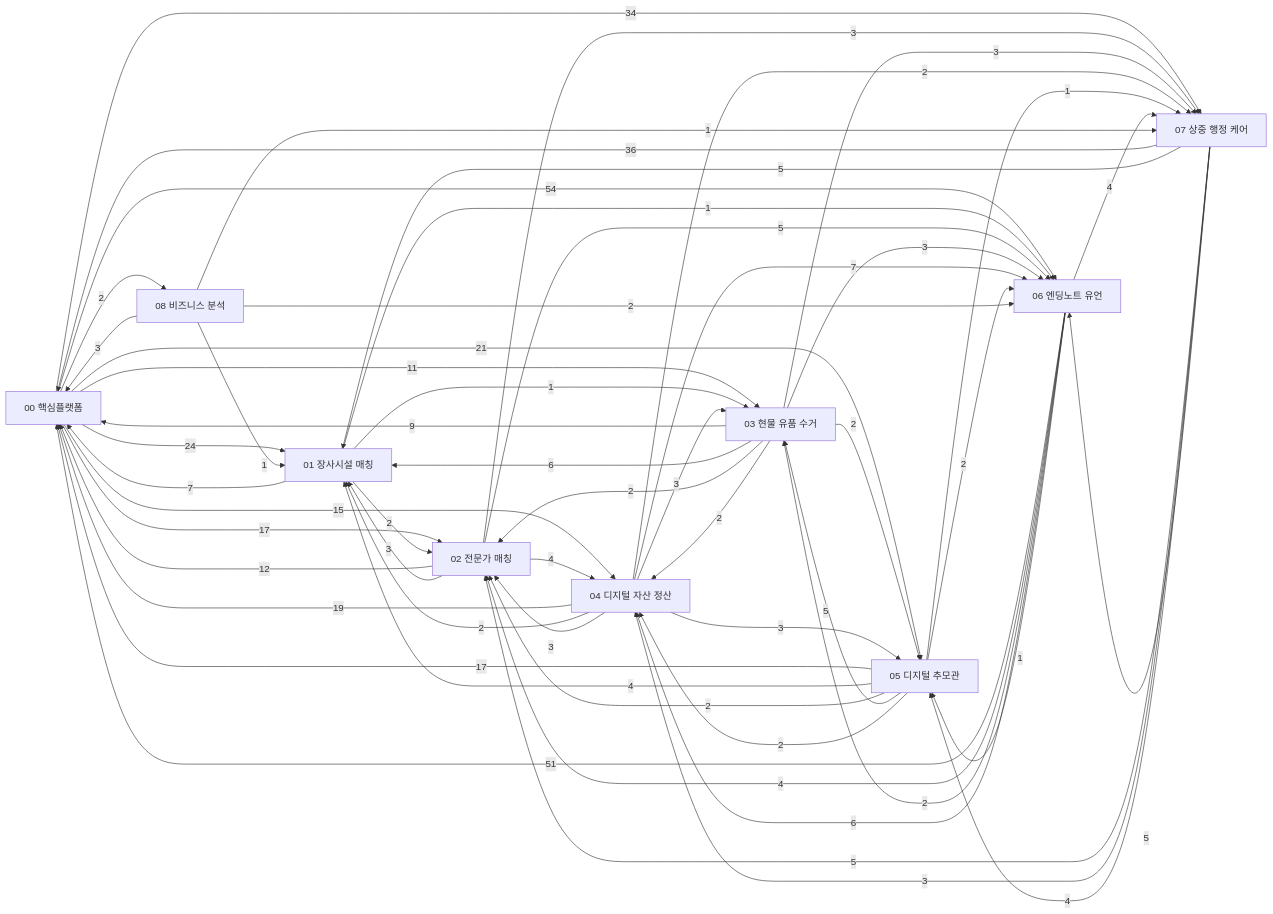
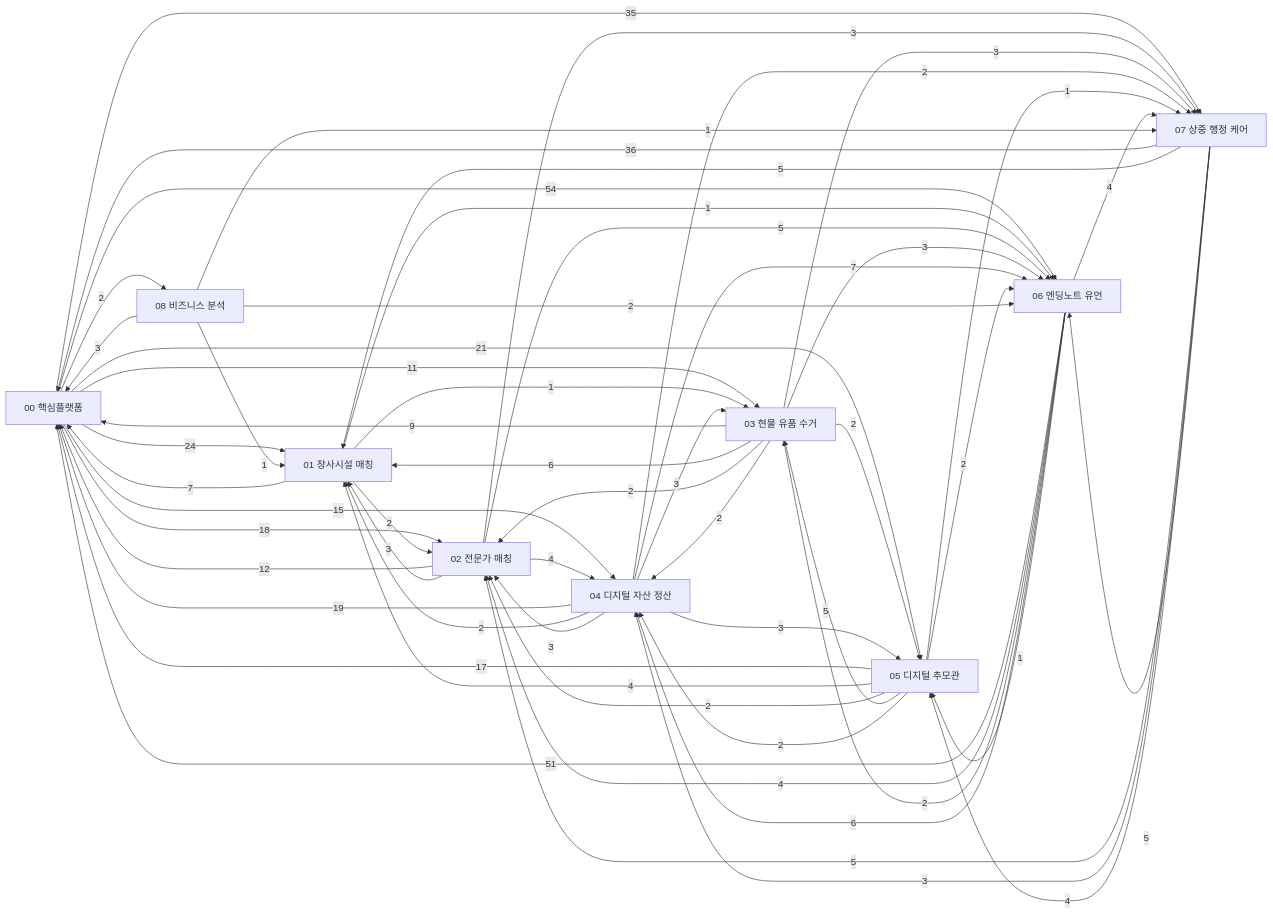
The diagram in docs/00_DOCS_INDEX.md (Hyunews/Eobom), drawn with Mermaid before and after one commit. The commit also changed other lines of this file and 21 other files, not shown here.

````diff
--- a/docs/00_DOCS_INDEX.md
+++ b/docs/00_DOCS_INDEX.md
@@ -67,66 +53,66 @@
 ```mermaid
 flowchart LR
   D00["00 핵심플랫폼"]
   D01["01 장사시설 매칭"]
   D02["02 전문가 매칭"]
   D03["03 현물 유품 수거"]
   D04["04 디지털 자산 정산"]
   D05["05 디지털 추모관"]
   D06["06 엔딩노트 유언"]
   D07["07 상중 행정 케어"]
   D08["08 비즈니스 분석"]
   D00 -->|24| D01
-  D00 -->|17| D02
+  D00 -->|18| D02
   D00 -->|11| D03
   D00 -->|15| D04
   D00 -->|21| D05
   D00 -->|54| D06
-  D00 -->|34| D07
+  D00 -->|35| D07
   D00 -->|2| D08
   D01 -->|7| D00
   D01 -->|2| D02
   D01 -->|1| D03
   D01 -->|1| D06
   D02 -->|12| D00
   D02 -->|3| D01
   D02 -->|4| D04
   D02 -->|5| D06
   D02 -->|3| D07
   D03 -->|9| D00
   D03 -->|6| D01
   D03 -->|2| D02
   D03 -->|2| D04
   D03 -->|2| D05
   D03 -->|3| D06
   D03 -->|3| D07
   D04 -->|19| D00
   D04 -->|2| D01
   D04 -->|3| D02
   D04 -->|3| D03
   D04 -->|3| D05
   D04 -->|7| D06
   D04 -->|2| D07
   D05 -->|17| D00
   D05 -->|4| D01
   D05 -->|2| D02
   D05 -->|5| D03
   D05 -->|2| D04
   D05 -->|2| D06
   D05 -->|1| D07
   D06 -->|51| D00
   D06 -->|4| D02
   D06 -->|2| D03
   D06 -->|6| D04
   D06 -->|1| D05
   D06 -->|4| D07
   D07 -->|36| D00
   D07 -->|5| D01
   D07 -->|5| D02
   D07 -->|3| D04
   D07 -->|4| D05
   D07 -->|5| D06
   D08 -->|3| D00
   D08 -->|1| D01
   D08 -->|2| D06
   D08 -->|1| D07
 ```
````
